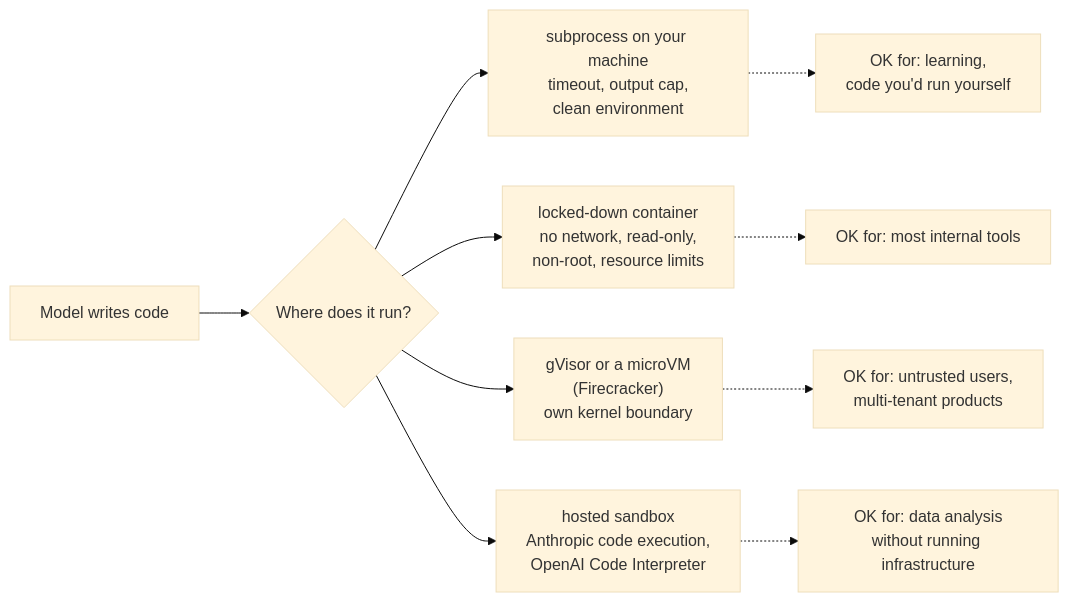
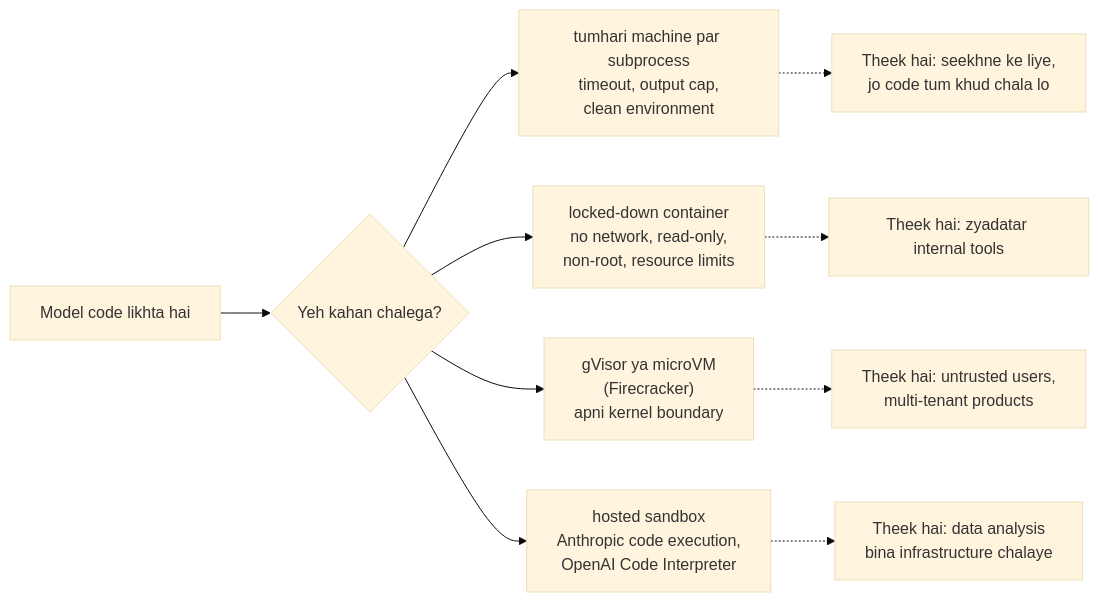
Before and after one commit to asmustechno/agentic-ai-notes: the diagram in docs/03-tools-and-function-calling/03.6-code-execution-as-a-tool.md, drawn with Mermaid (base theme). The commit also changed other lines of this file and 135 other files, not shown here.

````diff
--- a/docs/03-tools-and-function-calling/03.6-code-execution-as-a-tool.md
+++ b/docs/03-tools-and-function-calling/03.6-code-execution-as-a-tool.md
@@ -43,12 +43,12 @@
 ```mermaid
 flowchart LR
-    M["Model writes code"] --> R{"Where does it run?"}
-    R --> S["subprocess on your machine<br/>timeout, output cap,<br/>clean environment"]
+    M["Model code likhta hai"] --> R{"Yeh kahan chalega?"}
+    R --> S["tumhari machine par subprocess<br/>timeout, output cap,<br/>clean environment"]
     R --> C["locked-down container<br/>no network, read-only,<br/>non-root, resource limits"]
-    R --> G["gVisor or a microVM<br/>(Firecracker)<br/>own kernel boundary"]
+    R --> G["gVisor ya microVM<br/>(Firecracker)<br/>apni kernel boundary"]
     R --> H["hosted sandbox<br/>Anthropic code execution,<br/>OpenAI Code Interpreter"]
-    S -.-> S2["OK for: learning,<br/>code you'd run yourself"]
-    C -.-> C2["OK for: most internal tools"]
-    G -.-> G2["OK for: untrusted users,<br/>multi-tenant products"]
-    H -.-> H2["OK for: data analysis<br/>without running infrastructure"]
+    S -.-> S2["Theek hai: seekhne ke liye,<br/>jo code tum khud chala lo"]
+    C -.-> C2["Theek hai: zyadatar internal tools"]
+    G -.-> G2["Theek hai: untrusted users,<br/>multi-tenant products"]
+    H -.-> H2["Theek hai: data analysis<br/>bina infrastructure chalaye"]
 ```
````
